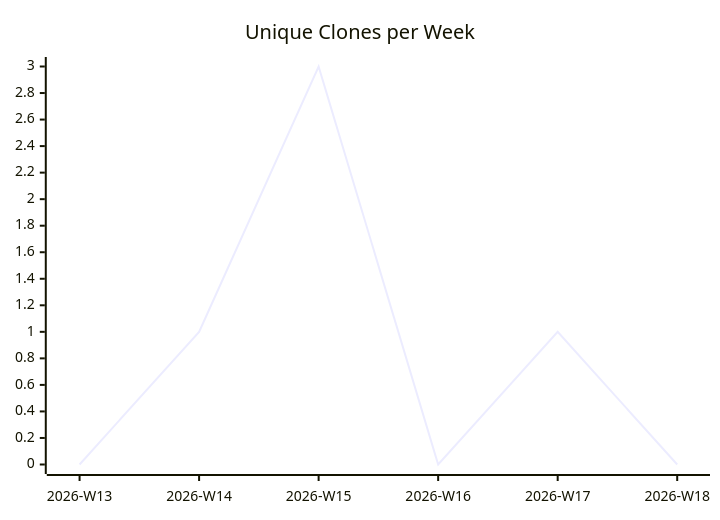
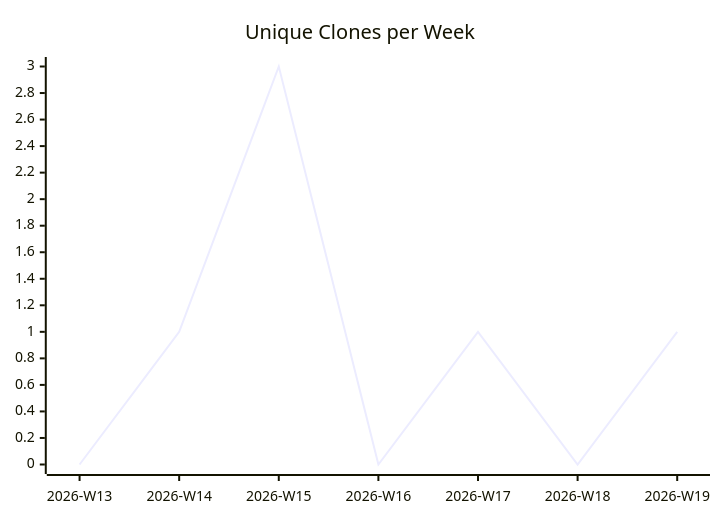
Before and after one commit to justdavis-family/github-analytics-data: the third of 3 diagrams in karlmdavis/FHIR-Server/README.md, drawn with Mermaid. The commit also changed other lines of this file and 187 other files, not shown here.

````diff
--- a/karlmdavis/FHIR-Server/README.md
+++ b/karlmdavis/FHIR-Server/README.md
@@ -19,6 +19,6 @@
 ```mermaid
 xychart-beta
   title "Unique Clones per Week"
-  x-axis ["2026-W13", "2026-W14", "2026-W15", "2026-W16", "2026-W17", "2026-W18"]
-  line [0, 1, 3, 0, 1, 0]
+  x-axis ["2026-W13", "2026-W14", "2026-W15", "2026-W16", "2026-W17", "2026-W18", "2026-W19"]
+  line [0, 1, 3, 0, 1, 0, 1]
 ```
````
